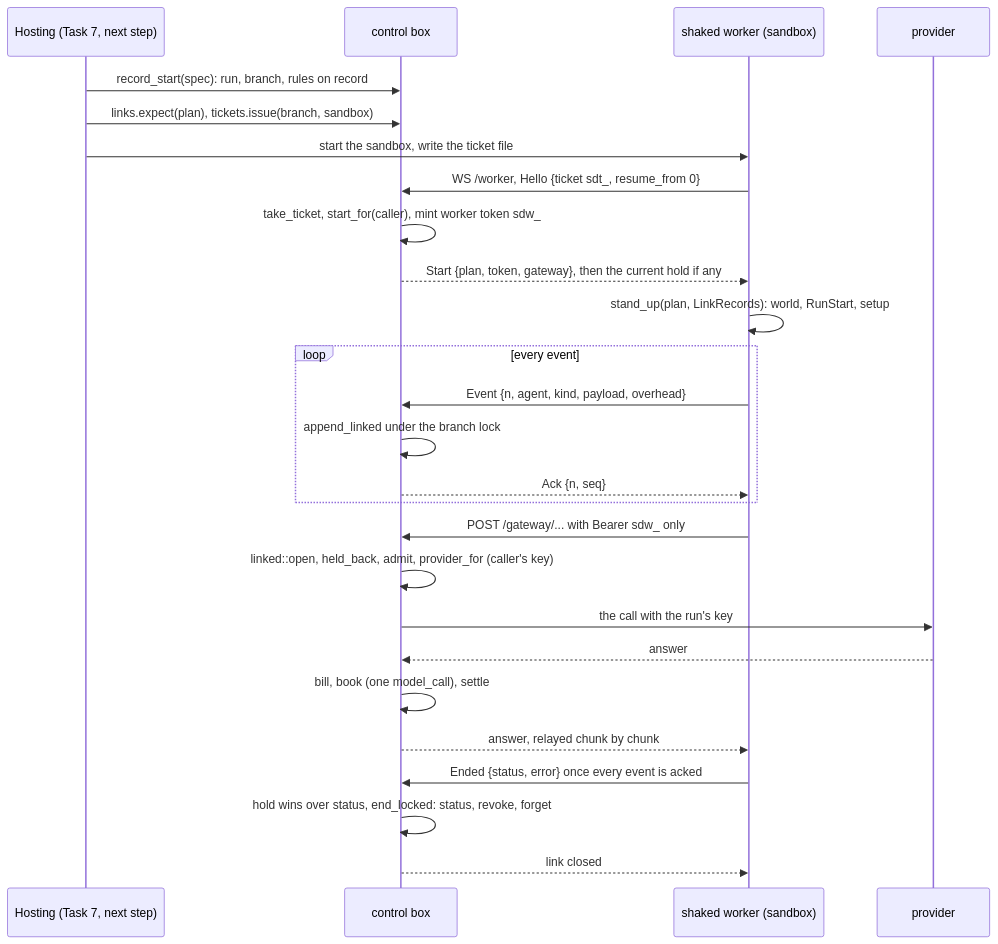
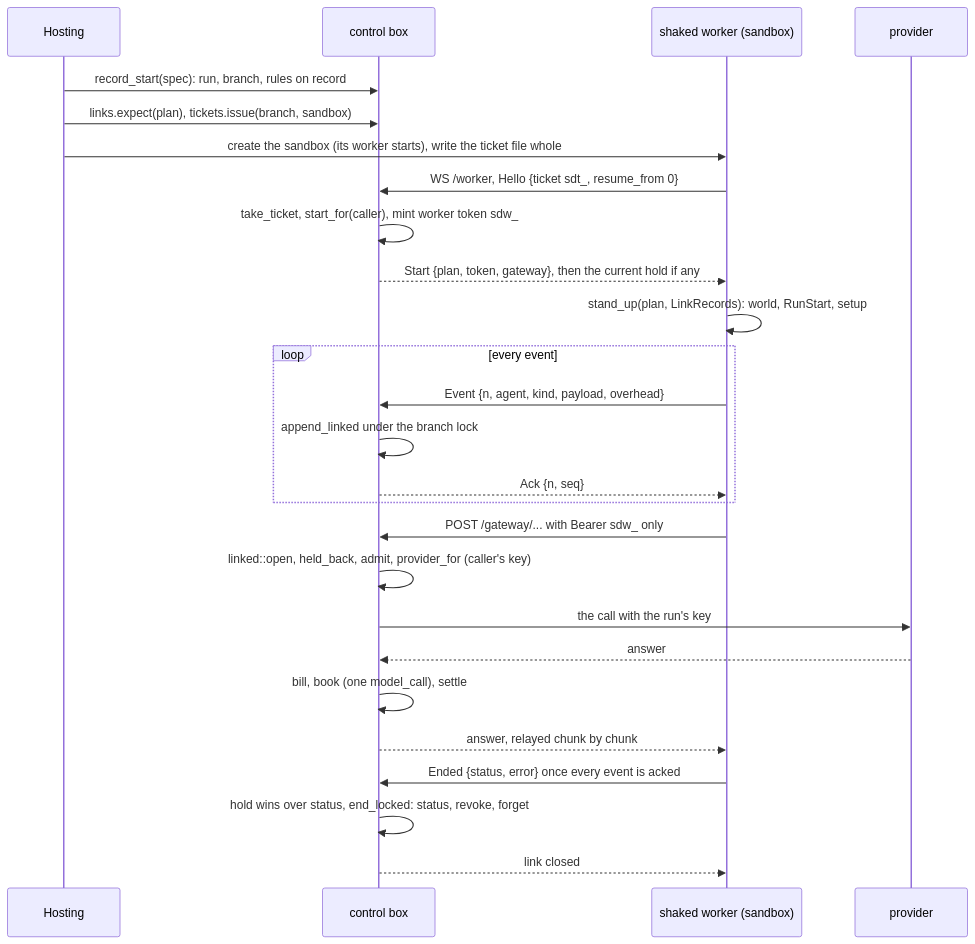
Before and after one commit to CopperTide/Shakedown: the first of 4 diagrams in docs/internals/sandbox-runs.md, drawn with Mermaid. The commit also changed other lines of this file and 11 other files, not shown here.

````diff
--- a/docs/internals/sandbox-runs.md
+++ b/docs/internals/sandbox-runs.md
@@ -46,28 +50,28 @@
 ```mermaid
 sequenceDiagram
-    participant H as Hosting (Task 7, next step)
+    participant H as Hosting
     participant CB as control box
     participant WK as shaked worker (sandbox)
     participant P as provider
     H->>CB: record_start(spec): run, branch, rules on record
     H->>CB: links.expect(plan), tickets.issue(branch, sandbox)
-    H->>WK: start the sandbox, write the ticket file
+    H->>WK: create the sandbox (its worker starts), write the ticket file whole
     WK->>CB: WS /worker, Hello {ticket sdt_, resume_from 0}
     CB->>CB: take_ticket, start_for(caller), mint worker token sdw_
     CB-->>WK: Start {plan, token, gateway}, then the current hold if any
     WK->>WK: stand_up(plan, LinkRecords): world, RunStart, setup
     loop every event
         WK->>CB: Event {n, agent, kind, payload, overhead}
         CB->>CB: append_linked under the branch lock
         CB-->>WK: Ack {n, seq}
     end
     WK->>CB: POST /gateway/... with Bearer sdw_ only
     CB->>CB: linked::open, held_back, admit, provider_for (caller's key)
     CB->>P: the call with the run's key
     P-->>CB: answer
     CB->>CB: bill, book (one model_call), settle
     CB-->>WK: answer, relayed chunk by chunk
     WK->>CB: Ended {status, error} once every event is acked
     CB->>CB: hold wins over status, end_locked: status, revoke, forget
     CB-->>WK: link closed
 ```
````
